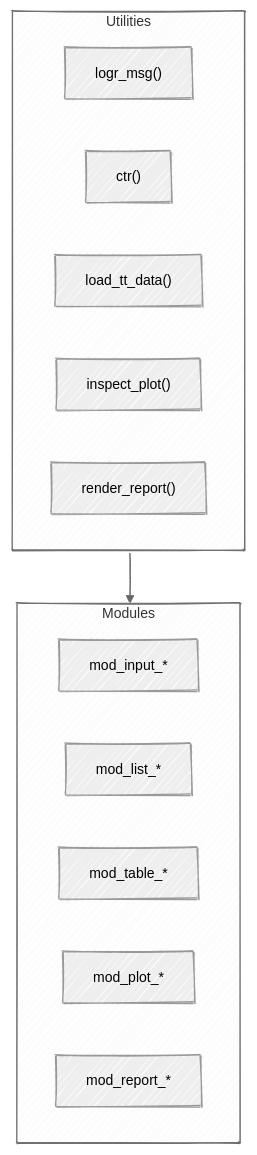
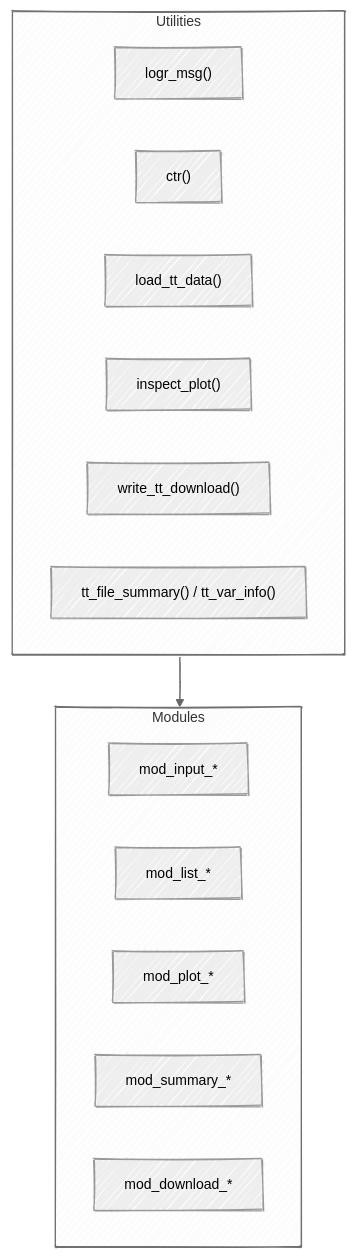
One commit to mjfrigaard/ttdviewer changed the third of 4 diagrams in README.md. Above: the diagram before and after it, drawn with Mermaid. The commit also changed other lines of this file and 87 other files, not shown here.

````diff
--- a/README.md
+++ b/README.md
@@ -78,19 +74,20 @@
 ``` mermaid
 %%{init: {'theme': 'neutral', 'look': 'handDrawn', 'themeVariables': { 'fontFamily': 'monospace', 'fontSize':'14px'}}}%%
 flowchart TB
   subgraph Utilities
     Log["logr_msg()"]
     Ctr["ctr()"]
     Load["load_tt_data()"]
     Inspect["inspect_plot()"]
-    Render["render_report()"]
+    Write["write_tt_download()"]
+    Summarise["tt_file_summary() / tt_var_info()"]
   end
   subgraph Modules
     ModInput["mod_input_*"]
     ModList["mod_list_*"]
-    ModTable["mod_table_*"]
     ModPlot["mod_plot_*"]
-    ModReport["mod_report_*"]
+    ModSummary["mod_summary_*"]
+    ModDownload["mod_download_*"]
   end
   Utilities --> Modules
 ```
````
